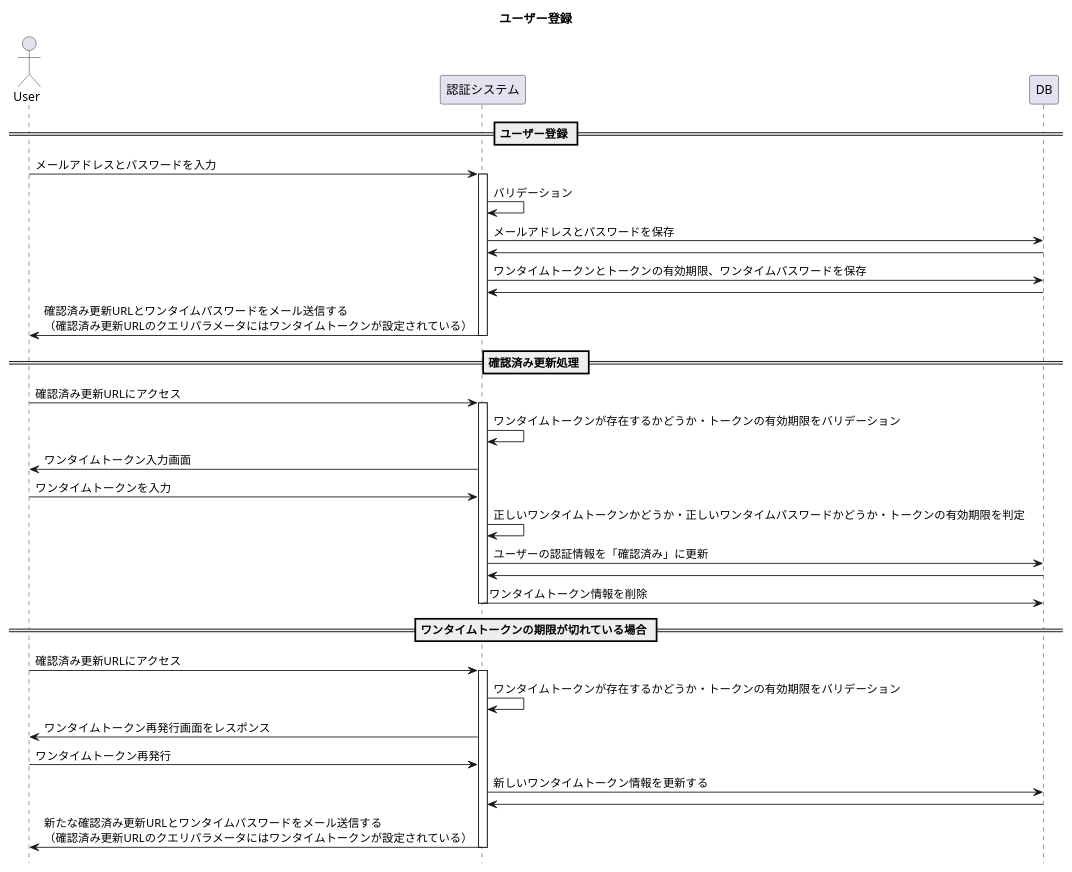
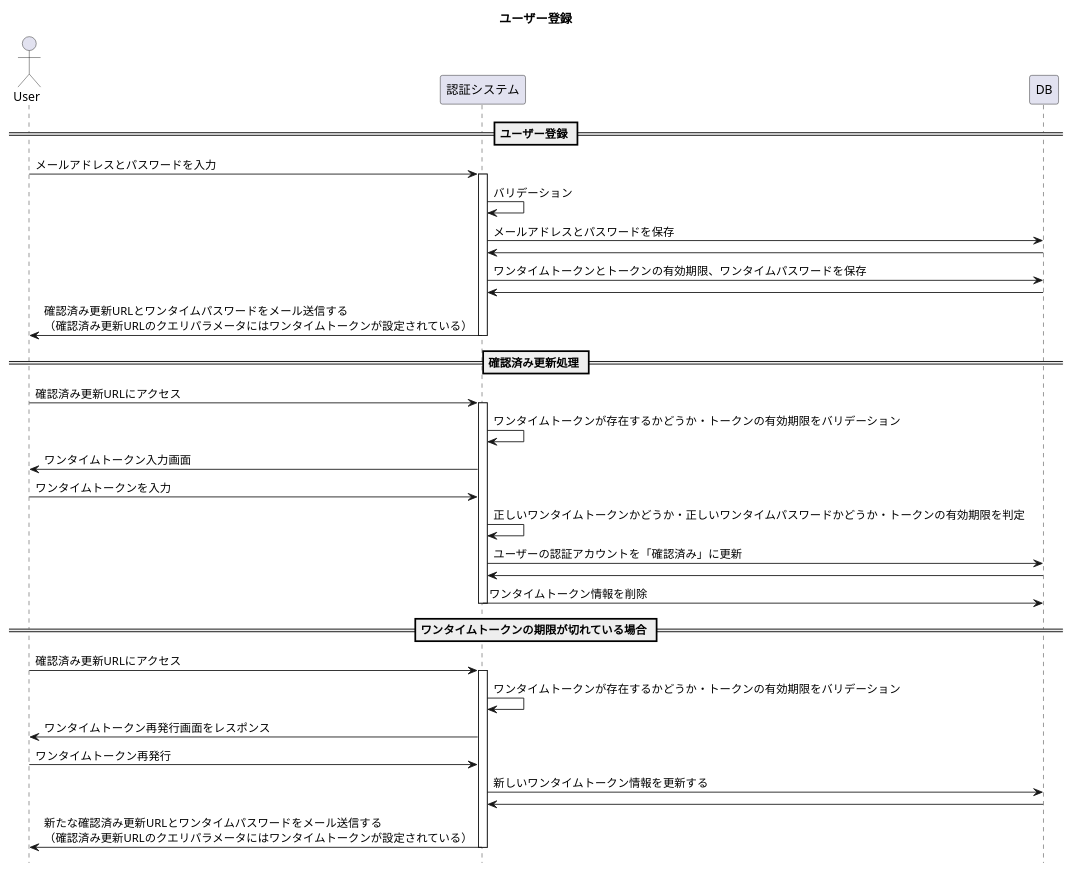
One commit to h-maki2/identityAccess changed the diagram in modelingDiagram/sequenceDiagrams/userRegister.pu. Above: the diagram before and after it, drawn with PlantUML. The commit also changed 23 other files, not shown here.

```diff
--- a/modelingDiagram/sequenceDiagrams/userRegister.pu
+++ b/modelingDiagram/sequenceDiagrams/userRegister.pu
@@ -1,43 +1,43 @@
 @startuml userRegister
 title ユーザー登録
 hide footbox
 
 Actor User
 participant "認証システム" as authSystem
 participant DB 
 
 == ユーザー登録 ==
 User -> authSystem : メールアドレスとパスワードを入力
 activate authSystem
 authSystem -> authSystem : バリデーション
 authSystem -> DB : メールアドレスとパスワードを保存
 authSystem <- DB
 authSystem -> DB : ワンタイムトークンとトークンの有効期限、ワンタイムパスワードを保存
 authSystem <- DB
 User <- authSystem : 確認済み更新URLとワンタイムパスワードをメール送信する\n（確認済み更新URLのクエリパラメータにはワンタイムトークンが設定されている）
 deactivate authSystem
 
 == 確認済み更新処理 ==
 User -> authSystem : 確認済み更新URLにアクセス
 activate authSystem
 authSystem -> authSystem : ワンタイムトークンが存在するかどうか・トークンの有効期限をバリデーション
 User <- authSystem : ワンタイムトークン入力画面
 User -> authSystem : ワンタイムトークンを入力
 authSystem -> authSystem : 正しいワンタイムトークンかどうか・正しいワンタイムパスワードかどうか・トークンの有効期限を判定
-authSystem -> DB : ユーザーの認証情報を「確認済み」に更新
+authSystem -> DB : ユーザーの認証アカウントを「確認済み」に更新
 authSystem <- DB
 authSystem -> DB : ワンタイムトークン情報を削除
 deactivate authSystem
 
 == ワンタイムトークンの期限が切れている場合 ==
 User -> authSystem : 確認済み更新URLにアクセス
 activate authSystem
 authSystem -> authSystem : ワンタイムトークンが存在するかどうか・トークンの有効期限をバリデーション
 User <- authSystem : ワンタイムトークン再発行画面をレスポンス
 User -> authSystem : ワンタイムトークン再発行
 authSystem -> DB : 新しいワンタイムトークン情報を更新する
 authSystem <- DB
 User <- authSystem : 新たな確認済み更新URLとワンタイムパスワードをメール送信する\n（確認済み更新URLのクエリパラメータにはワンタイムトークンが設定されている）
 deactivate authSystem
 
 @enduml
```
